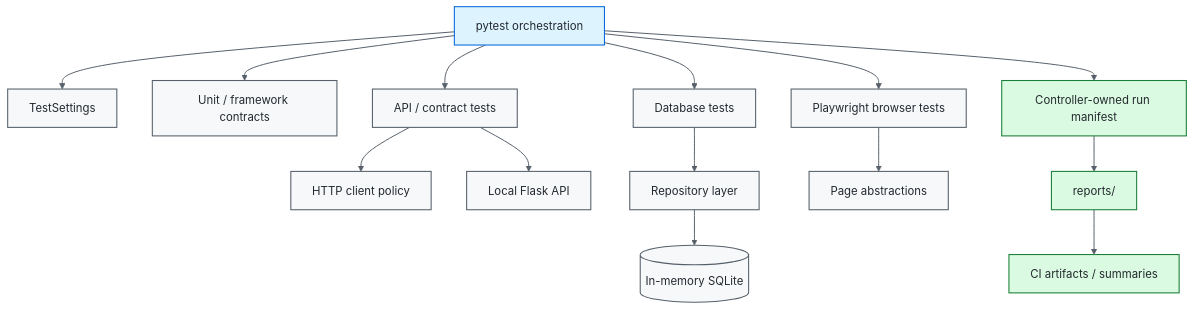
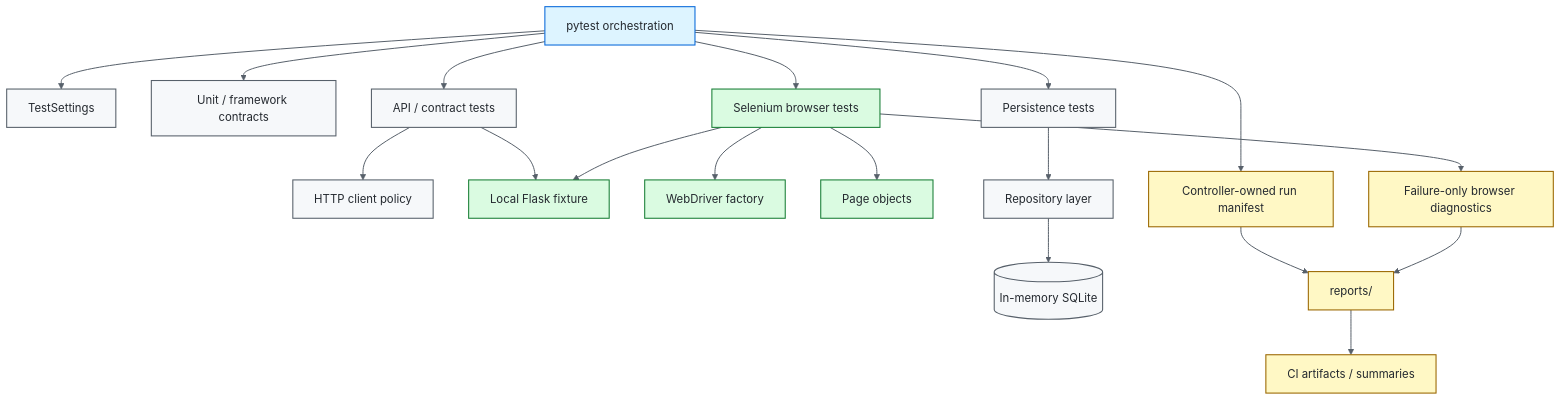
Before and after one commit to portyu9/qa-automation-python-pytest: the second of 2 diagrams in README.md, drawn with Mermaid. The commit also changed other lines of this file, not shown here.

Commit message:
Align pytest documentation with Selenium browser architecture

````diff
--- a/README.md
+++ b/README.md
@@ -103,26 +103,31 @@
 ```mermaid
 flowchart TD
     PYTEST[pytest orchestration]
     PYTEST --> CFG[TestSettings]
     PYTEST --> UNIT[Unit / framework contracts]
     PYTEST --> API[API / contract tests]
-    PYTEST --> DB[Database tests]
-    PYTEST --> UI[Playwright browser tests]
+    PYTEST --> DB[Persistence tests]
+    PYTEST --> UI[Selenium browser tests]
     API --> CLIENT[HTTP client policy]
-    API --> MOCK[Local Flask API]
+    API --> MOCK[Local Flask fixture]
+    UI --> DRIVER[WebDriver factory]
+    UI --> PAGES[Page objects]
+    UI --> MOCK
     DB --> REPO[Repository layer]
     REPO --> SQLITE[(In-memory SQLite)]
-    UI --> PAGES[Page abstractions]
     PYTEST --> MAN[Controller-owned run manifest]
+    UI --> DIAG[Failure-only browser diagnostics]
     MAN --> REPORTS[reports/]
+    DIAG --> REPORTS
     REPORTS --> CI[CI artifacts / summaries]
 
     classDef entry fill:#ddf4ff,stroke:#0969da,color:#24292f,stroke-width:1.5px;
     classDef core fill:#f6f8fa,stroke:#57606a,color:#24292f,stroke-width:1.5px;
-    classDef gate fill:#fbefff,stroke:#8250df,color:#24292f,stroke-width:1.5px;
-    classDef evidence fill:#dafbe1,stroke:#1a7f37,color:#24292f,stroke-width:1.5px;
+    classDef boundary fill:#dafbe1,stroke:#1a7f37,color:#24292f,stroke-width:1.5px;
+    classDef evidence fill:#fff8c5,stroke:#9a6700,color:#24292f,stroke-width:1.5px;
     class PYTEST entry;
-    class CFG,UNIT,API,DB,UI,CLIENT,MOCK,REPO,SQLITE,PAGES core;
-    class MAN,REPORTS,CI evidence;
+    class CFG,UNIT,API,DB,CLIENT,REPO,SQLITE core;
+    class UI,DRIVER,PAGES,MOCK boundary;
+    class MAN,DIAG,REPORTS,CI evidence;
     linkStyle default stroke:#57606a,stroke-width:1.4px;
 ```
````
